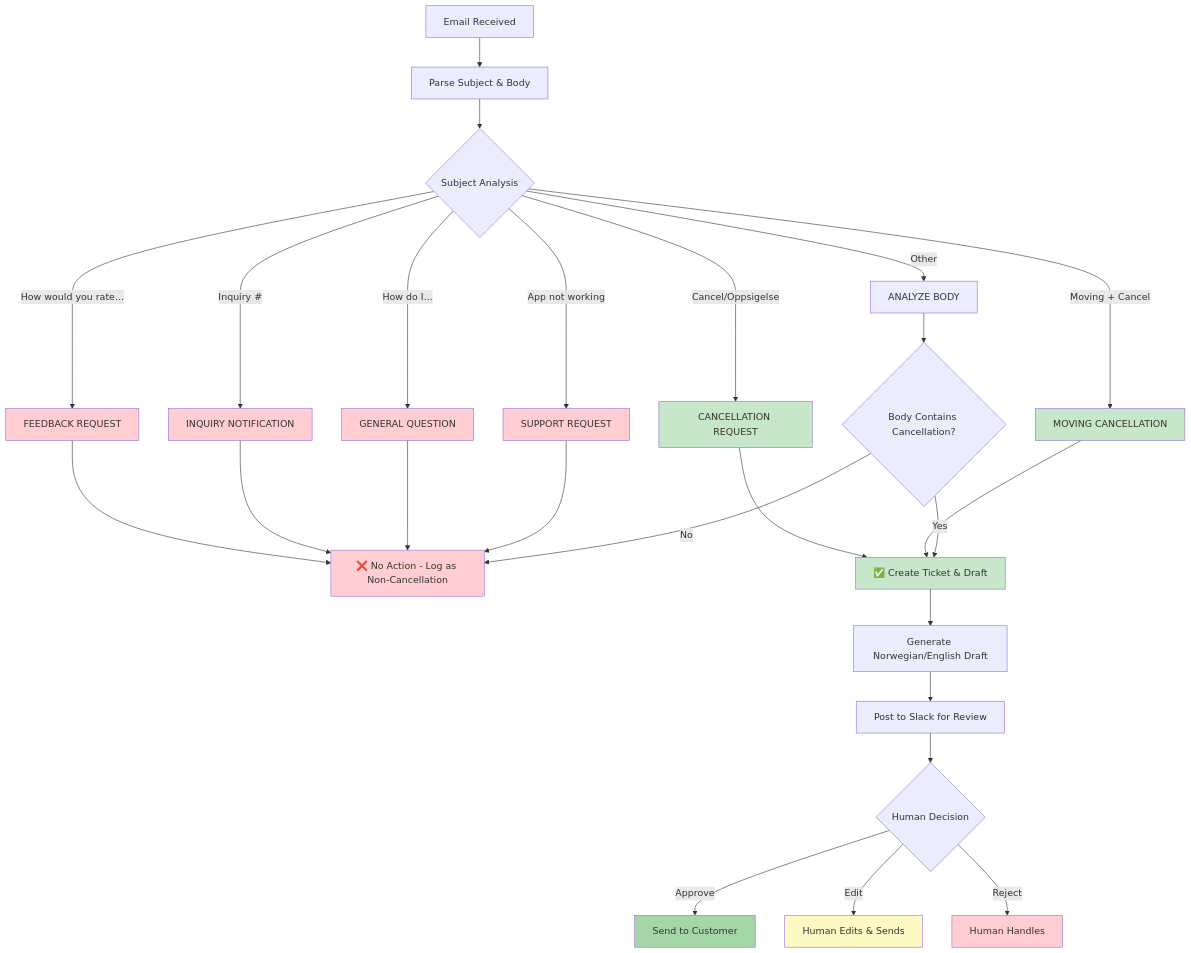
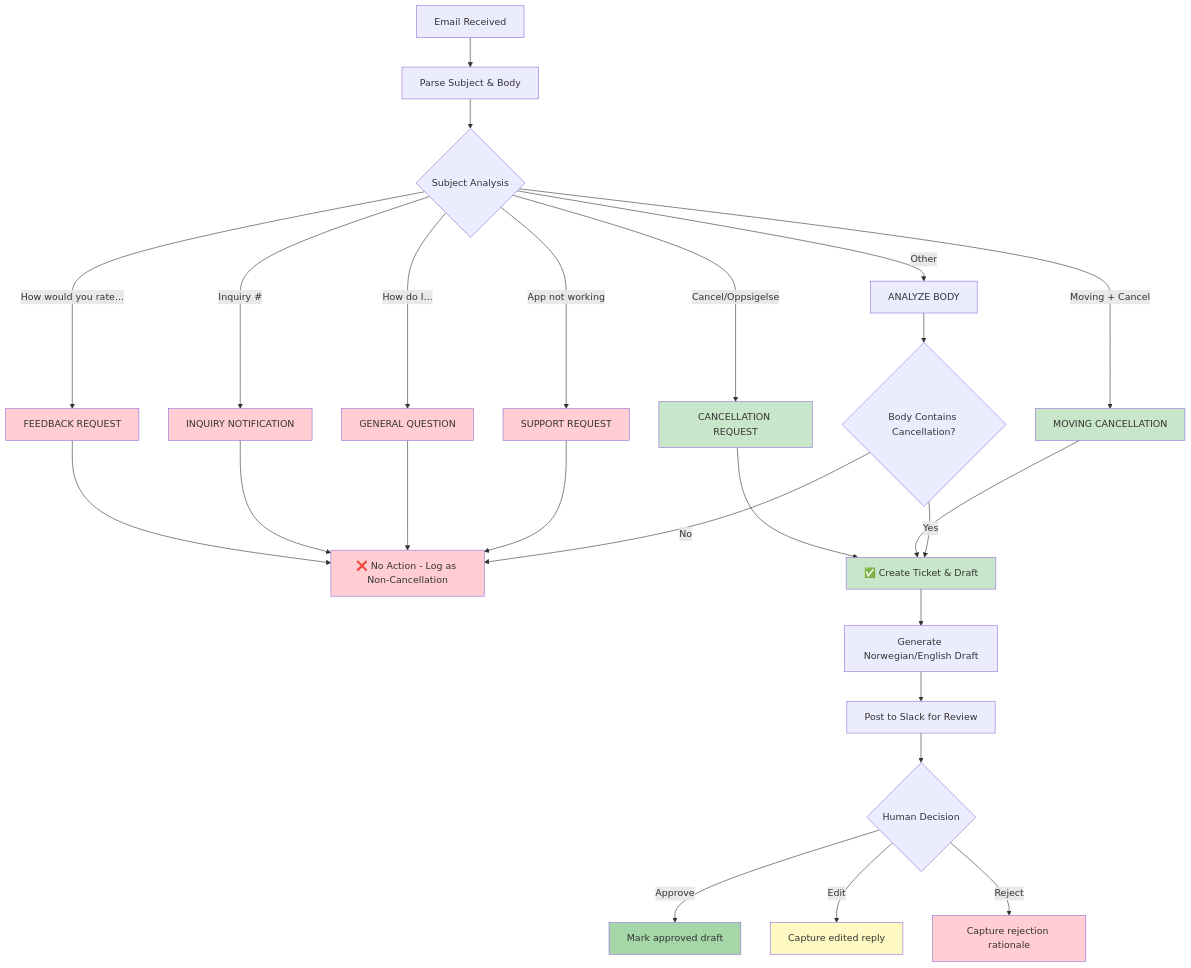
The third of 7 diagrams in agent-process-flow.md (duhman/agents), drawn with Mermaid before and after one commit. The commit also changed other lines of this file and 33 other files, not shown here.

Commit message:
refactor(slack): streamline human review process by implementing modals for edits and rejections, capturing final responses and rationale

````diff
--- a/agent-process-flow.md
+++ b/agent-process-flow.md
@@ -101,43 +101,43 @@
 ```mermaid
 flowchart TD
     A[Email Received] --> B[Parse Subject & Body]
     B --> C{Subject Analysis}
     
     C -->|"How would you rate..."| D[FEEDBACK REQUEST]
     C -->|"Inquiry #"| E[INQUIRY NOTIFICATION]
     C -->|"How do I..."| F[GENERAL QUESTION]
     C -->|"App not working"| G[SUPPORT REQUEST]
     C -->|"Cancel/Oppsigelse"| H[CANCELLATION REQUEST]
     C -->|"Moving + Cancel"| I[MOVING CANCELLATION]
     C -->|Other| J[ANALYZE BODY]
     
     D --> K[❌ No Action - Log as Non-Cancellation]
     E --> K
     F --> K
     G --> K
     
     H --> L[✅ Create Ticket & Draft]
     I --> L
     J --> M{Body Contains Cancellation?}
     M -->|Yes| L
     M -->|No| K
     
     L --> N[Generate Norwegian/English Draft]
     N --> O[Post to Slack for Review]
     O --> P{Human Decision}
-    P -->|Approve| Q[Send to Customer]
-    P -->|Edit| R[Human Edits & Sends]
-    P -->|Reject| S[Human Handles]
+    P -->|Approve| Q[Mark approved draft]
+    P -->|Edit| R[Capture edited reply]
+    P -->|Reject| S[Capture rejection rationale]
     
     style D fill:#ffcdd2
     style E fill:#ffcdd2
     style F fill:#ffcdd2
     style G fill:#ffcdd2
     style H fill:#c8e6c9
     style I fill:#c8e6c9
     style K fill:#ffcdd2
     style L fill:#c8e6c9
     style Q fill:#a5d6a7
     style R fill:#fff9c4
     style S fill:#ffcdd2
 ```
````
